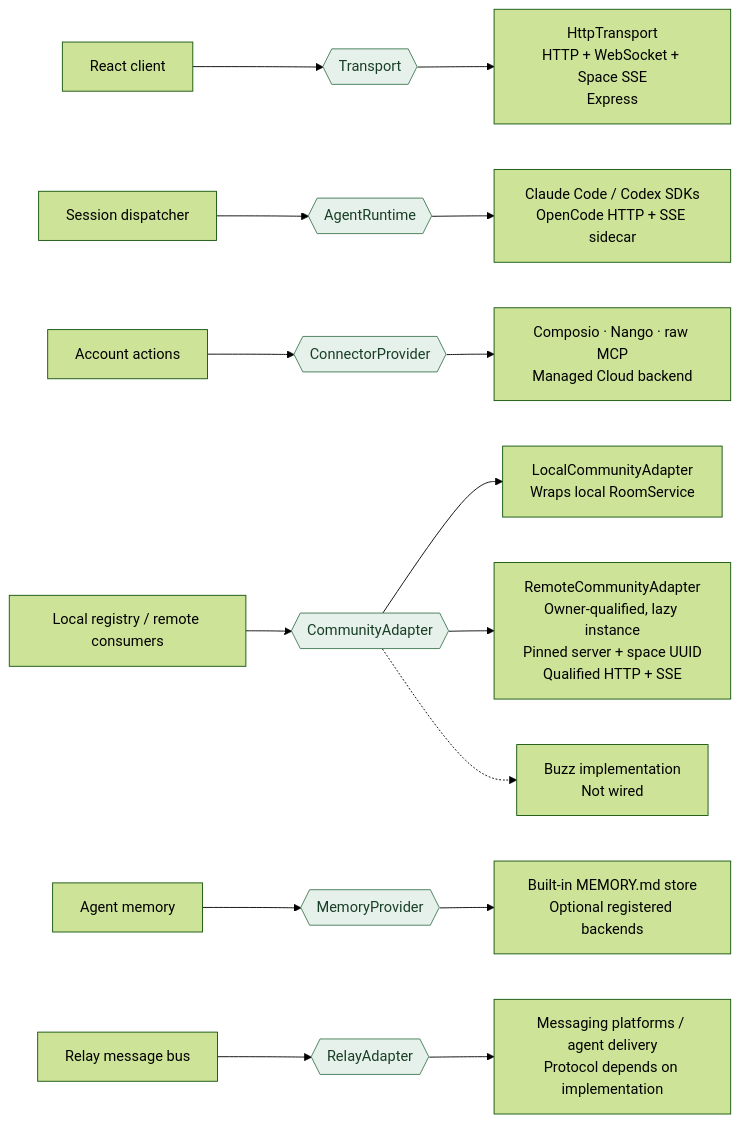
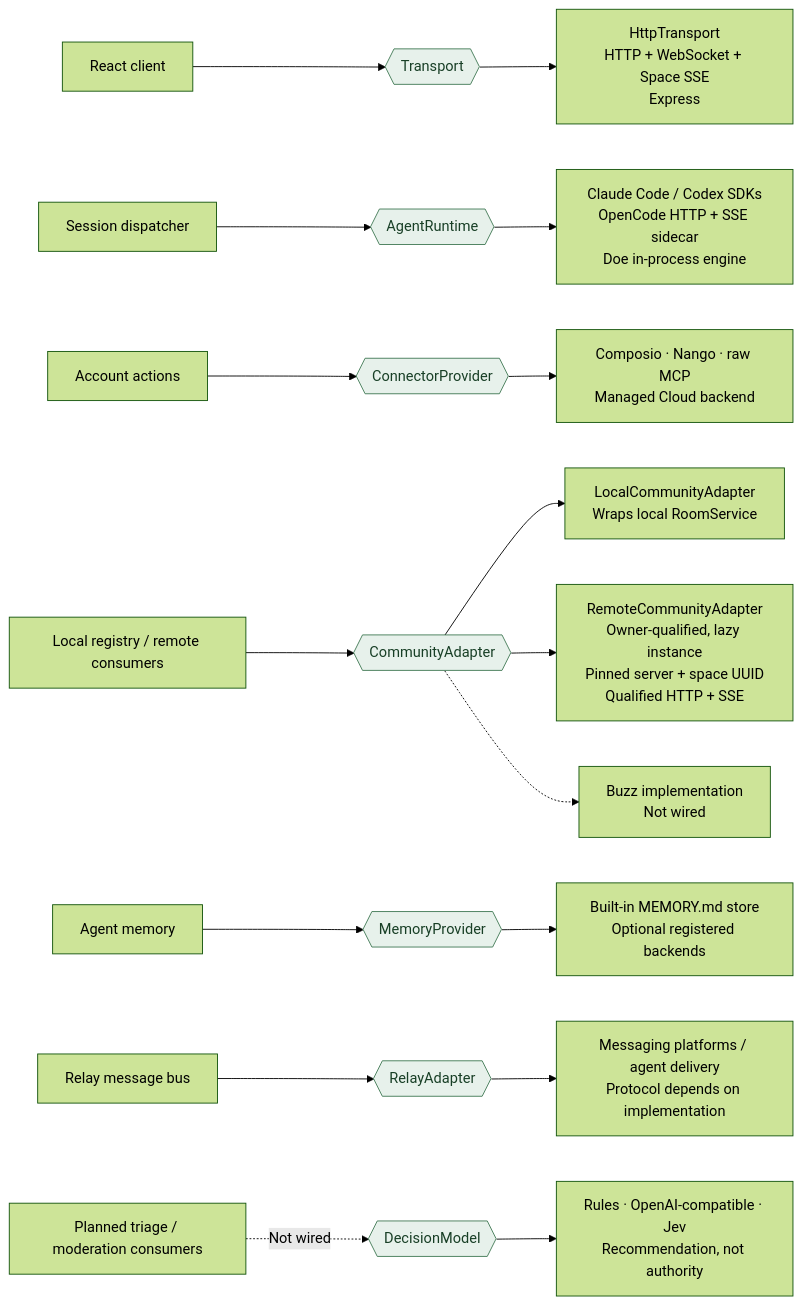
The diagram in contributing/diagrams/architecture/ports.mmd (dork-labs/dorkos), drawn with Mermaid (forest theme) before and after one commit. The commit also changed 16 other files, not shown here.

First line of the commit message:
docs(architecture): reconcile the vision reset and workspace direction

```diff
--- a/contributing/diagrams/architecture/ports.mmd
+++ b/contributing/diagrams/architecture/ports.mmd
@@ -1,19 +1,21 @@
 flowchart LR
   accTitle: DorkOS replaceable interfaces
-  accDescr: Each row names a caller, its port, and implementations. A port is a code boundary, not necessarily a network boundary. The dashed CommunityAdapter edge is the unwired Buzz implementation.
+  accDescr: Each row names a caller, its port, and implementations. A port is a code boundary, not necessarily a network boundary. Dashed edges identify the unwired Buzz implementation and planned decision-model consumers; decision bridges themselves exist.
   ui["React client"] --> transport{{"Transport"}}
   transport --> http["HttpTransport<br/>HTTP + WebSocket + Space SSE<br/>Express"]
   dispatch["Session dispatcher"] --> agent{{"AgentRuntime"}}
-  agent --> runtimes["Claude Code / Codex SDKs<br/>OpenCode HTTP + SSE sidecar"]
+  agent --> runtimes["Claude Code / Codex SDKs<br/>OpenCode HTTP + SSE sidecar<br/>Doe in-process engine"]
   accounts["Account actions"] --> connector{{"ConnectorProvider"}}
   connector --> backends["Composio · Nango · raw MCP<br/>Managed Cloud backend"]
   rooms["Local registry / remote consumers"] --> community{{"CommunityAdapter"}}
   community --> local["LocalCommunityAdapter<br/>Wraps local RoomService"]
   community --> remote["RemoteCommunityAdapter<br/>Owner-qualified, lazy instance<br/>Pinned server + space UUID<br/>Qualified HTTP + SSE"]
   community -.-> buzz["Buzz implementation<br/>Not wired"]
   notes["Agent memory"] --> memory{{"MemoryProvider"}}
   memory --> files["Built-in MEMORY.md store<br/>Optional registered backends"]
   relay["Relay message bus"] --> messaging{{"RelayAdapter"}}
   messaging --> channels["Messaging platforms / agent delivery<br/>Protocol depends on implementation"]
+  future["Planned triage / moderation consumers"] -.->|"Not wired"| decision{{"DecisionModel"}}
+  decision --> bridges["Rules · OpenAI-compatible · Jev<br/>Recommendation, not authority"]
   classDef port fill:#e7f1eb,stroke:#427a55,color:#183f26
-  class transport,agent,connector,community,memory,messaging port
+  class transport,agent,connector,community,memory,messaging,decision port
```
